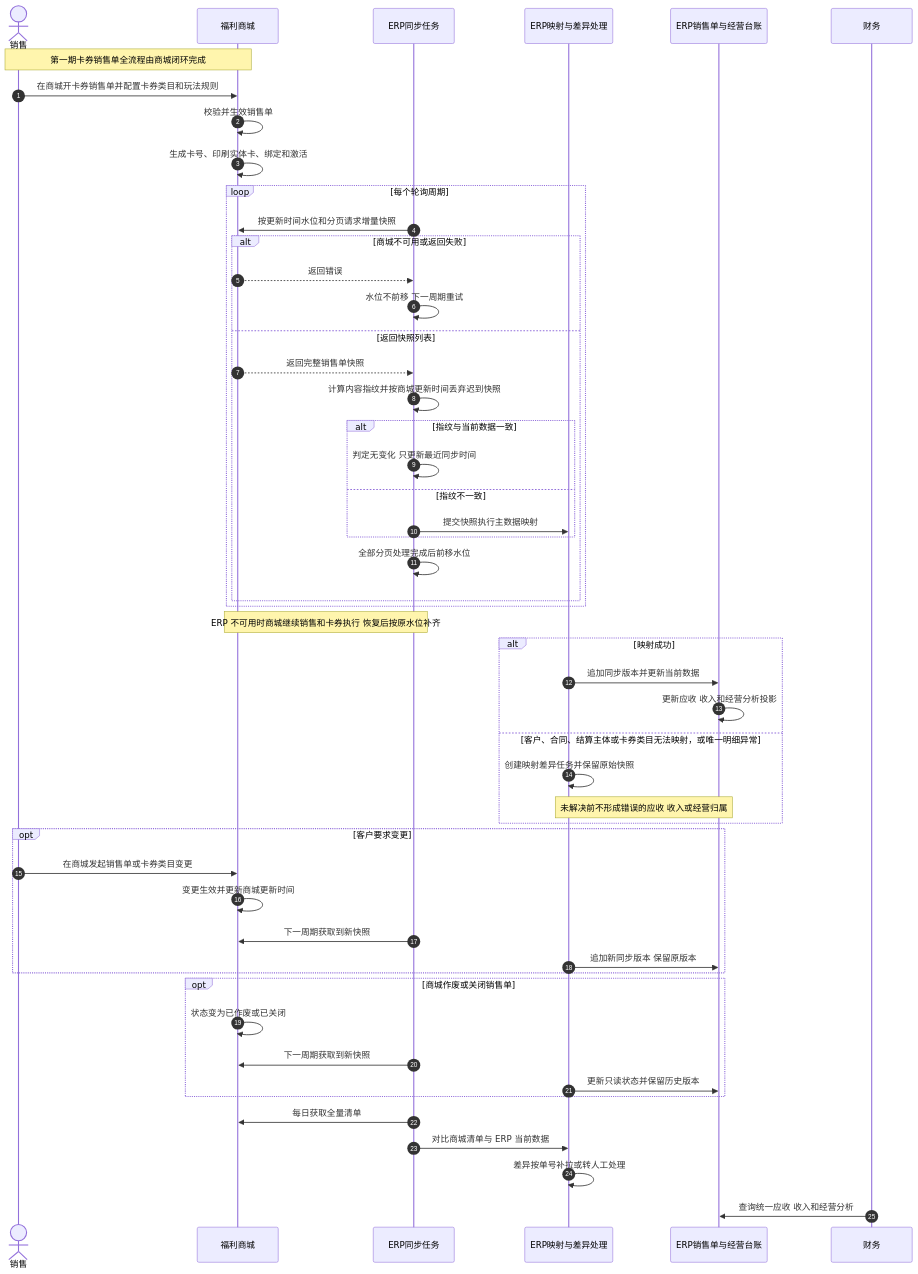
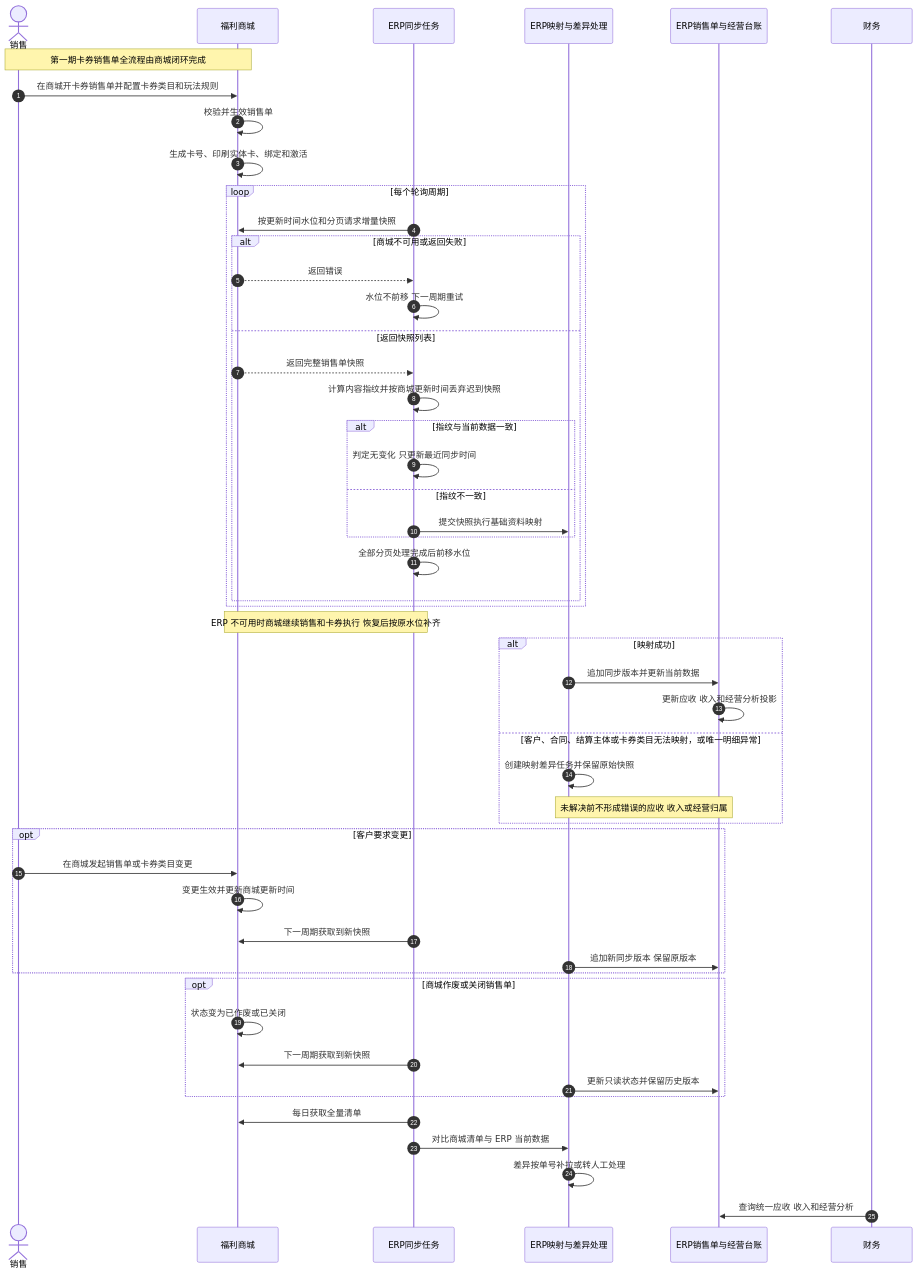
One commit to mztlive/erp changed diagram 11 of 11 in docs/erp-phase-1.md. Above: the diagram before and after it, drawn with Mermaid. The commit also changed other lines of this file and 50 other files, not shown here.

````diff
--- a/docs/erp-phase-1.md
+++ b/docs/erp-phase-1.md
@@ -895,60 +895,60 @@
 ```mermaid
 sequenceDiagram
   autonumber
   actor 销售
   participant 商城 as 福利商城
   participant 同步 as ERP同步任务
   participant 映射 as ERP映射与差异处理
   participant 台账 as ERP销售单与经营台账
   participant 财务
 
   Note over 销售,商城: 第一期卡券销售单全流程由商城闭环完成
   销售->>商城: 在商城开卡券销售单并配置卡券类目和玩法规则
   商城->>商城: 校验并生效销售单
   商城->>商城: 生成卡号、印刷实体卡、绑定和激活
 
   loop 每个轮询周期
     同步->>商城: 按更新时间水位和分页请求增量快照
     alt 商城不可用或返回失败
       商城-->>同步: 返回错误
       同步->>同步: 水位不前移 下一周期重试
     else 返回快照列表
       商城-->>同步: 返回完整销售单快照
       同步->>同步: 计算内容指纹并按商城更新时间丢弃迟到快照
       alt 指纹与当前数据一致
         同步->>同步: 判定无变化 只更新最近同步时间
       else 指纹不一致
-        同步->>映射: 提交快照执行主数据映射
+        同步->>映射: 提交快照执行基础资料映射
       end
       同步->>同步: 全部分页处理完成后前移水位
     end
   end
 
   Note over 商城,同步: ERP 不可用时商城继续销售和卡券执行 恢复后按原水位补齐
 
   alt 映射成功
     映射->>台账: 追加同步版本并更新当前数据
     台账->>台账: 更新应收 收入和经营分析投影
   else 客户、合同、结算主体或卡券类目无法映射，或唯一明细异常
     映射->>映射: 创建映射差异任务并保留原始快照
     Note over 映射,台账: 未解决前不形成错误的应收 收入或经营归属
   end
 
   opt 客户要求变更
     销售->>商城: 在商城发起销售单或卡券类目变更
     商城->>商城: 变更生效并更新商城更新时间
     同步->>商城: 下一周期获取到新快照
     映射->>台账: 追加新同步版本 保留原版本
   end
 
   opt 商城作废或关闭销售单
     商城->>商城: 状态变为已作废或已关闭
     同步->>商城: 下一周期获取到新快照
     映射->>台账: 更新只读状态并保留历史版本
   end
 
   同步->>商城: 每日获取全量清单
   同步->>映射: 对比商城清单与 ERP 当前数据
   映射->>映射: 差异按单号补拉或转人工处理
   财务->>台账: 查询统一应收 收入和经营分析
 ```
````
